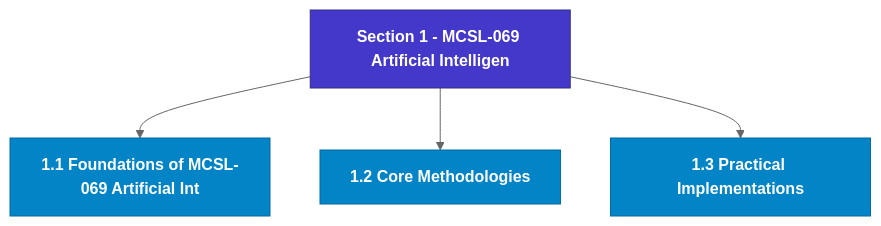
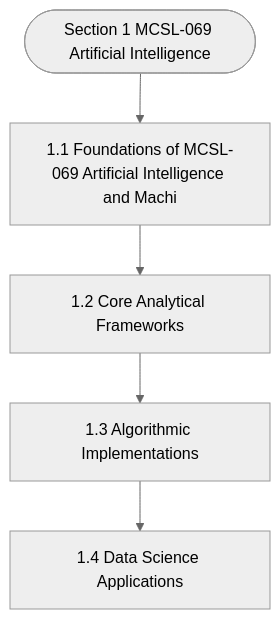
One commit to Asutosh-Coaching/mscdsa changed the diagram in notes/Semester_2/MCSL-069_AI_&_Machine_Learning_Lab/unit_01_MCSL-069_Artificial_Intelligence_&_Machine_Learnin.md. Above: the diagram before and after it, drawn with Mermaid (neutral theme). The commit also changed other lines of this file and 115 other files, not shown here.

Commit message:
Fix Mermaid layout for mobile, isolate LaTeX delimiters, and add GitHub Pages reader

````diff
--- a/notes/Semester_2/MCSL-069_AI_&_Machine_Learning_Lab/unit_01_MCSL-069_Artificial_Intelligence_&_Machine_Learnin.md
+++ b/notes/Semester_2/MCSL-069_AI_&_Machine_Learning_Lab/unit_01_MCSL-069_Artificial_Intelligence_&_Machine_Learnin.md
@@ -19,15 +19,12 @@
 ```mermaid
 flowchart TD
-  %% Styling Definitions
-  classDef head fill:#4338ca,stroke:#312e81,color:#ffffff,font-weight:bold;
-  classDef topic fill:#0284c7,stroke:#0369a1,color:#ffffff,font-weight:600;
-  classDef sub fill:#1e293b,stroke:#475569,color:#f8fafc;
-
-  Root["Section 1 - MCSL-069 Artificial Intelligen"]:::head
-  M1["1.1 Foundations of MCSL-069 Artificial Int"]:::topic
-  Root --> M1
-  M2["1.2 Core Methodologies"]:::topic
-  Root --> M2
-  M3["1.3 Practical Implementations"]:::topic
-  Root --> M3
+  Start(["Section 1 MCSL-069 Artificial Intelligence"])
+  N1["1.1 Foundations of MCSL-069 Artificial Intelligence and Machi"]
+  N2["1.2 Core Analytical Frameworks"]
+  N3["1.3 Algorithmic Implementations"]
+  N4["1.4 Data Science Applications"]
+  Start --> N1
+  N1 --> N2
+  N2 --> N3
+  N3 --> N4
 ```
````
